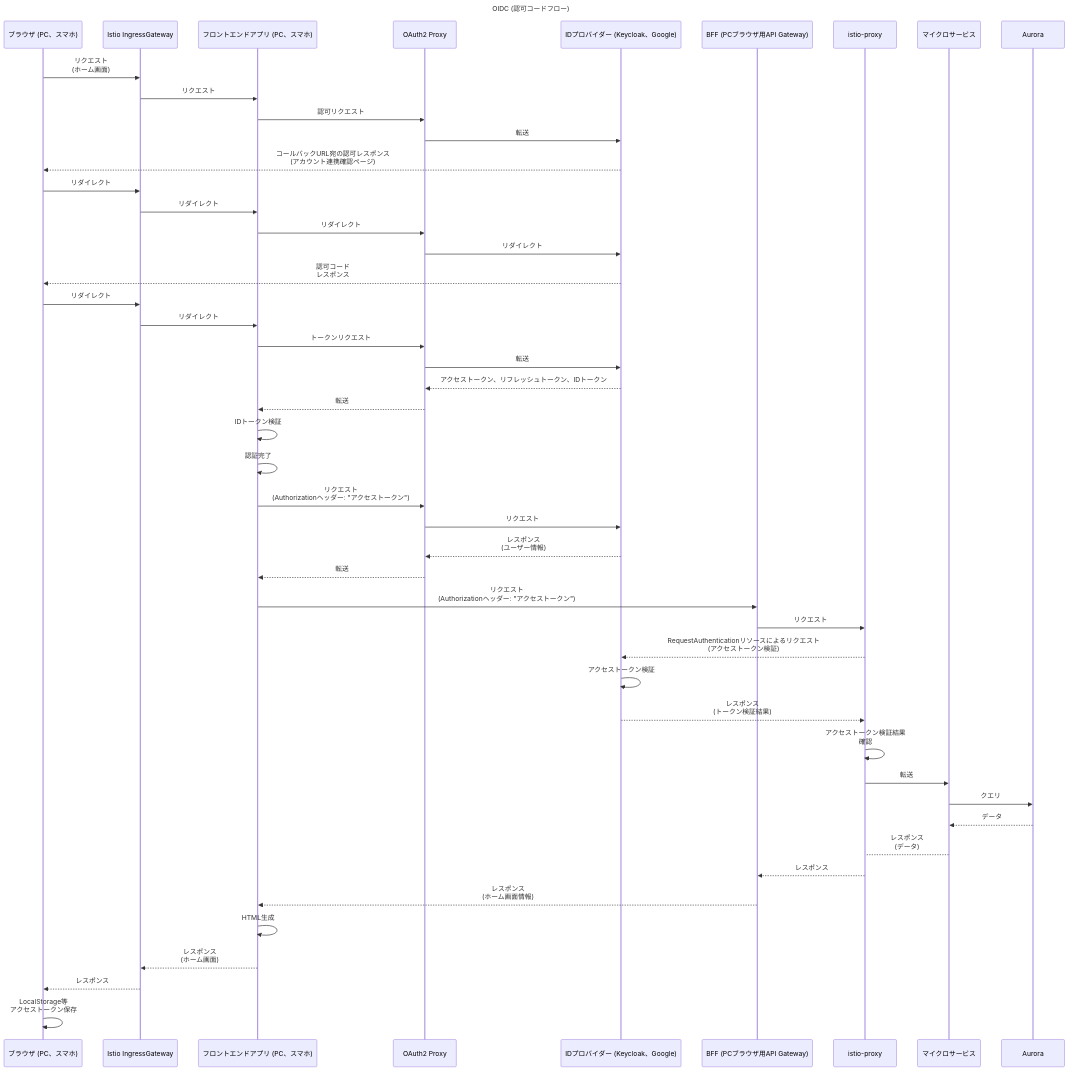
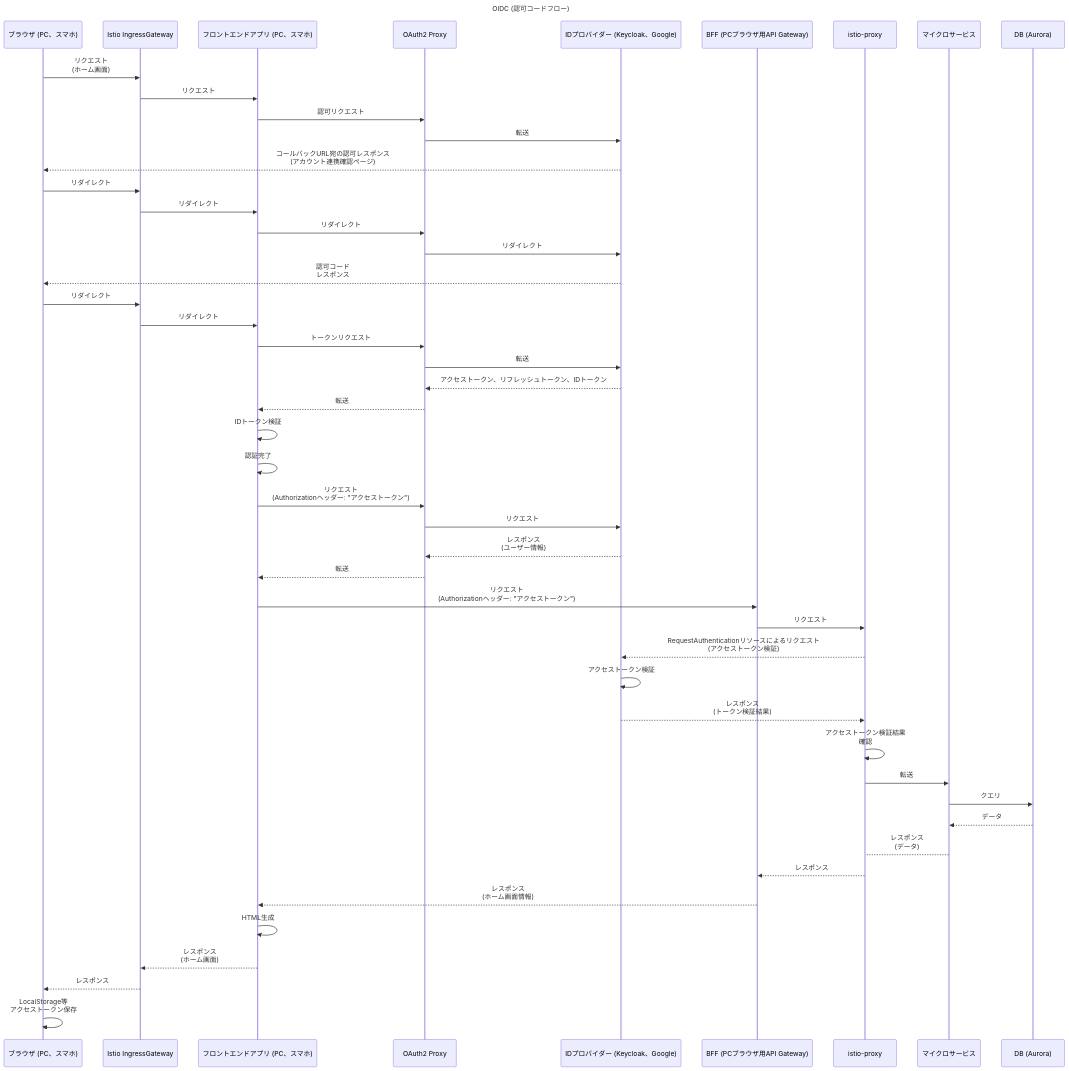
The diagram in dist/draft/【Kubernetes☸️】CNCFとAWSを組み合わせたマイクロサービスアーキテクチャ設計の考察.md (hiroki-it/hatenablog), drawn with Mermaid before and after one commit.

Commit message:
update 記事を更新した。

````diff
--- a/dist/draft/【Kubernetes☸️】CNCFとAWSを組み合わせたマイクロサービスアーキテクチャ設計の考察.md
+++ b/dist/draft/【Kubernetes☸️】CNCFとAWSを組み合わせたマイクロサービスアーキテクチャ設計の考察.md
@@ -66,81 +66,81 @@
 ```mermaid
 ---
 title: OIDC (認可コードフロー)
 ---
 sequenceDiagram
     ブラウザ (PC、スマホ) ->> Istio IngressGateway: リクエスト<br>(ホーム画面)
 
     Istio IngressGateway ->> フロントエンドアプリ (PC、スマホ) : リクエスト
 
     フロントエンドアプリ (PC、スマホ) ->> OAuth2 Proxy: 認可リクエスト
 
     OAuth2 Proxy ->> IDプロバイダー (Keycloak、Google) : 転送
 
     IDプロバイダー (Keycloak、Google) -->> ブラウザ (PC、スマホ) : コールバックURL宛の認可レスポンス<br>(アカウント連携確認ページ)
 
     ブラウザ (PC、スマホ) ->> Istio IngressGateway: リダイレクト
 
     Istio IngressGateway ->> フロントエンドアプリ (PC、スマホ) : リダイレクト
 
     フロントエンドアプリ (PC、スマホ) ->> OAuth2 Proxy: リダイレクト
 
     OAuth2 Proxy ->> IDプロバイダー (Keycloak、Google) : リダイレクト
 
     IDプロバイダー (Keycloak、Google) -->> ブラウザ (PC、スマホ) : 認可コード<br>レスポンス
 
     ブラウザ (PC、スマホ) ->> Istio IngressGateway: リダイレクト
 
     Istio IngressGateway ->> フロントエンドアプリ (PC、スマホ) : リダイレクト
 
     フロントエンドアプリ (PC、スマホ) ->> OAuth2 Proxy: トークンリクエスト
 
     OAuth2 Proxy ->> IDプロバイダー (Keycloak、Google) : 転送
 
     IDプロバイダー (Keycloak、Google) -->> OAuth2 Proxy : アクセストークン、リフレッシュトークン、IDトークン
 
     OAuth2 Proxy -->> フロントエンドアプリ (PC、スマホ) : 転送
 
     フロントエンドアプリ (PC、スマホ) ->> フロントエンドアプリ (PC、スマホ) : IDトークン検証
 
     フロントエンドアプリ (PC、スマホ) ->> フロントエンドアプリ (PC、スマホ) : 認証完了
 
     フロントエンドアプリ (PC、スマホ) ->> OAuth2 Proxy: リクエスト<br>(Authorizationヘッダー: "アクセストークン")
 
     OAuth2 Proxy ->> IDプロバイダー (Keycloak、Google) : リクエスト
 
     IDプロバイダー (Keycloak、Google) -->> OAuth2 Proxy : レスポンス<br>(ユーザー情報)
 
     OAuth2 Proxy -->> フロントエンドアプリ (PC、スマホ) : 転送
 
     フロントエンドアプリ (PC、スマホ) ->> BFF (PCブラウザ用API Gateway): リクエスト<br>(Authorizationヘッダー: "アクセストークン")
 
     BFF (PCブラウザ用API Gateway) ->> istio-proxy : リクエスト
 
     istio-proxy -->> IDプロバイダー (Keycloak、Google) : RequestAuthenticationリソースによるリクエスト<br>(アクセストークン検証)
 
     IDプロバイダー (Keycloak、Google) ->> IDプロバイダー (Keycloak、Google) : アクセストークン検証
 
     IDプロバイダー (Keycloak、Google) -->> istio-proxy : レスポンス<br>(トークン検証結果)
 
     istio-proxy ->> istio-proxy : アクセストークン検証結果<br>確認
 
     istio-proxy ->> マイクロサービス : 転送
 
-    マイクロサービス ->> Aurora : クエリ
+    マイクロサービス ->> DB (Aurora): クエリ
 
-    Aurora -->> マイクロサービス : データ
+    DB (Aurora) -->> マイクロサービス : データ
 
     マイクロサービス --> istio-proxy: レスポンス<br>(データ)
 
     istio-proxy -->> BFF (PCブラウザ用API Gateway) : レスポンス
 
     BFF (PCブラウザ用API Gateway) -->> フロントエンドアプリ (PC、スマホ) : レスポンス<br>(ホーム画面情報)
 
     フロントエンドアプリ (PC、スマホ) ->> フロントエンドアプリ (PC、スマホ) : HTML生成
 
     フロントエンドアプリ (PC、スマホ) -->> Istio IngressGateway: レスポンス<br>(ホーム画面)
 
     Istio IngressGateway -->> ブラウザ (PC、スマホ): レスポンス
 
     ブラウザ (PC、スマホ) ->> ブラウザ (PC、スマホ) : LocalStorage等<br>アクセストークン保存
 ```
````
